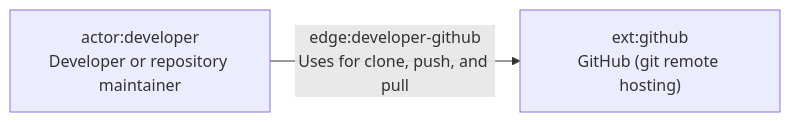
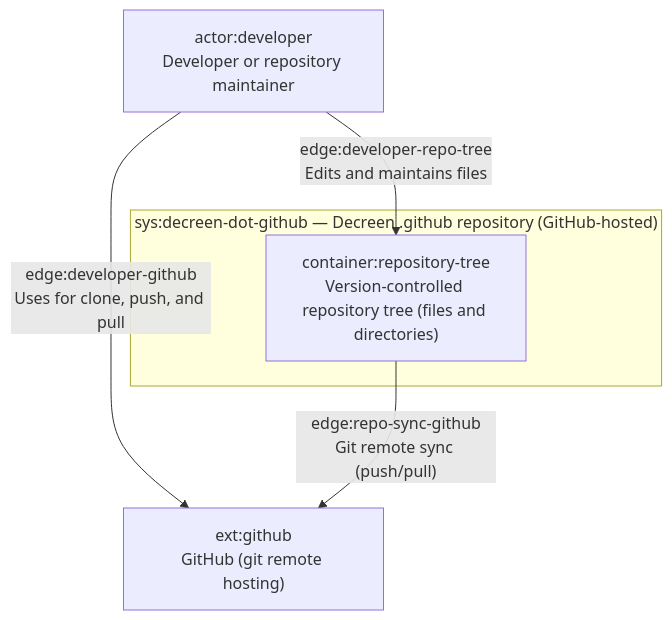
The diagram in docs/c4-live.mermaid.md (Decreen/.github), drawn with Mermaid before and after one commit. The commit also changed other lines of this file and 3 other files, not shown here.

Commit message:
feat(c4): Pass 2 system boundary and single repository container

````diff
--- a/docs/c4-live.mermaid.md
+++ b/docs/c4-live.mermaid.md
@@ -5,6 +5,11 @@
 ```mermaid
-flowchart LR
+flowchart TB
+  subgraph sys_decreen["sys:decreen-dot-github — Decreen .github repository (GitHub-hosted)"]
+    container_repo["container:repository-tree<br/>Version-controlled repository tree (files and directories)"]
+  end
   actor_developer["actor:developer<br/>Developer or repository maintainer"]
   ext_github["ext:github<br/>GitHub (git remote hosting)"]
   actor_developer -->|"edge:developer-github<br/>Uses for clone, push, and pull"| ext_github
+  actor_developer -->|"edge:developer-repo-tree<br/>Edits and maintains files"| container_repo
+  container_repo -->|"edge:repo-sync-github<br/>Git remote sync (push/pull)"| ext_github
 ```
````
